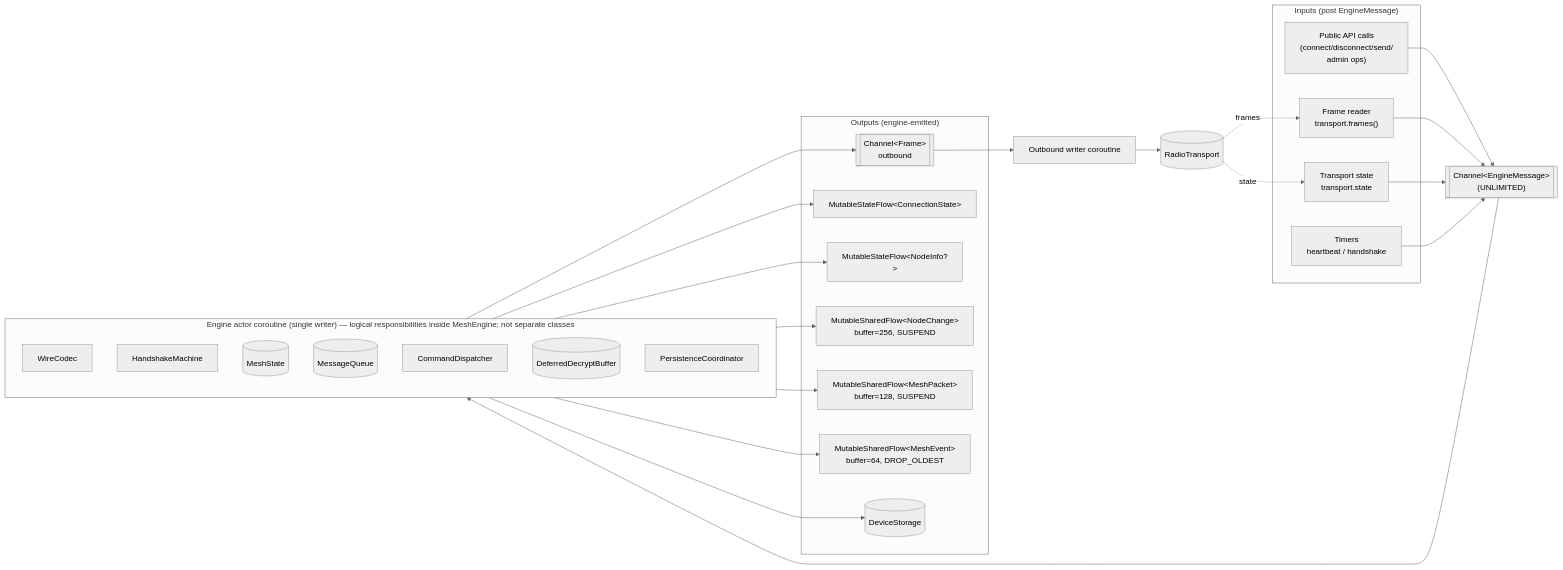
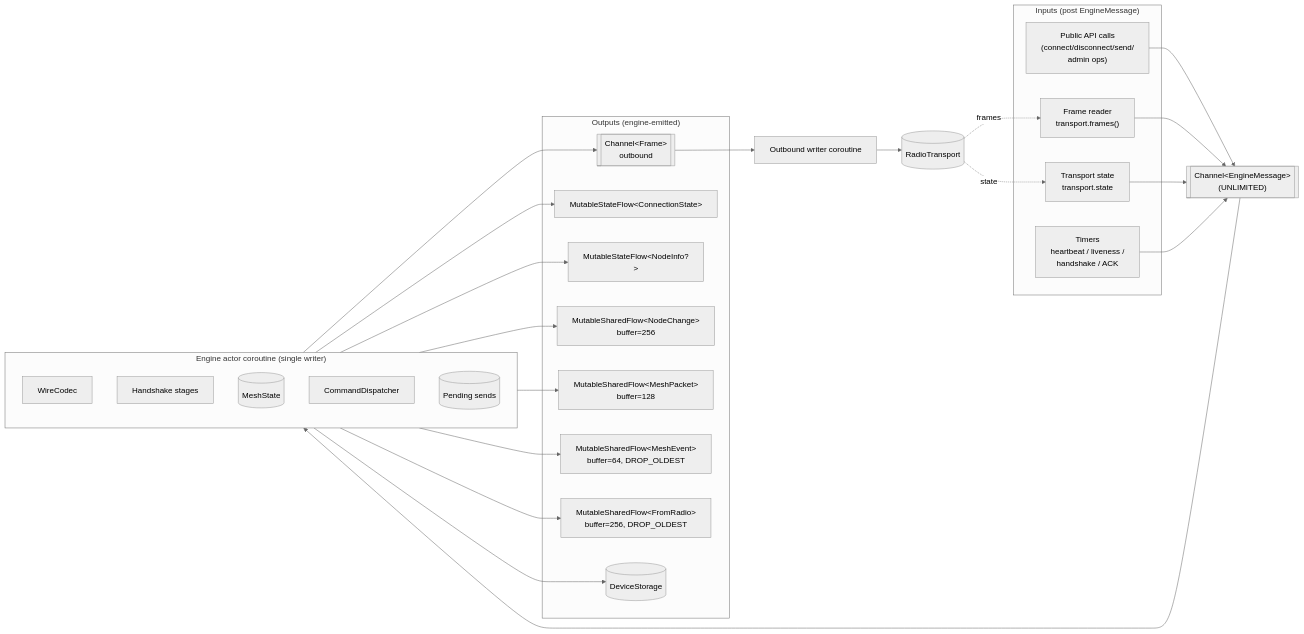
Before and after one commit to meshtastic/meshtastic-sdk: the first of 2 diagrams in docs/architecture/engine-actor.md, drawn with Mermaid (neutral theme). The commit also changed other lines of this file and 60 other files, not shown here.

````diff
--- a/docs/architecture/engine-actor.md
+++ b/docs/architecture/engine-actor.md
@@ -7,54 +7,54 @@
 ```mermaid
 flowchart LR
     subgraph Inputs["Inputs (post EngineMessage)"]
         public["Public API calls<br/>(connect/disconnect/send/<br/>admin ops)"]
         framerx["Frame reader<br/>transport.frames()"]
         tstate["Transport state<br/>transport.state"]
-        timers["Timers<br/>heartbeat / handshake"]
+        timers["Timers<br/>heartbeat / liveness /<br/>handshake / ACK"]
     end
 
     inbox[["Channel&lt;EngineMessage&gt;<br/>(UNLIMITED)"]]
 
-    subgraph EngineCoroutine["Engine actor coroutine (single writer) — logical responsibilities inside MeshEngine; not separate classes"]
+    subgraph EngineCoroutine["Engine actor coroutine (single writer)"]
         codec[WireCodec]
-        fsm[HandshakeMachine]
+        fsm[Handshake stages]
         state[(MeshState)]
-        queue[(MessageQueue)]
         cmd[CommandDispatcher]
-        defer[(DeferredDecryptBuffer)]
-        persist[PersistenceCoordinator]
+        sends[(Pending sends)]
     end
 
     subgraph Outputs["Outputs (engine-emitted)"]
         outbound[["Channel&lt;Frame&gt;<br/>outbound"]]
         connFlow["MutableStateFlow&lt;ConnectionState&gt;"]
         ownFlow["MutableStateFlow&lt;NodeInfo?&gt;"]
-        nodesFlow["MutableSharedFlow&lt;NodeChange&gt;<br/>buffer=256, SUSPEND"]
-        pktFlow["MutableSharedFlow&lt;MeshPacket&gt;<br/>buffer=128, SUSPEND"]
+        nodesFlow["MutableSharedFlow&lt;NodeChange&gt;<br/>buffer=256"]
+        pktFlow["MutableSharedFlow&lt;MeshPacket&gt;<br/>buffer=128"]
         evtFlow["MutableSharedFlow&lt;MeshEvent&gt;<br/>buffer=64, DROP_OLDEST"]
+        rawFlow["MutableSharedFlow&lt;FromRadio&gt;<br/>buffer=256, DROP_OLDEST"]
         storage[(DeviceStorage)]
     end
 
     writer[Outbound writer coroutine]
     transport[(RadioTransport)]
 
     public --> inbox
     framerx --> inbox
     tstate --> inbox
     timers --> inbox
 
     inbox --> EngineCoroutine
 
     EngineCoroutine --> outbound
     EngineCoroutine --> connFlow
     EngineCoroutine --> ownFlow
     EngineCoroutine --> nodesFlow
     EngineCoroutine --> pktFlow
     EngineCoroutine --> evtFlow
+    EngineCoroutine --> rawFlow
     EngineCoroutine --> storage
 
     outbound --> writer --> transport
 
     transport -.frames.-> framerx
     transport -.state.-> tstate
 ```
````
